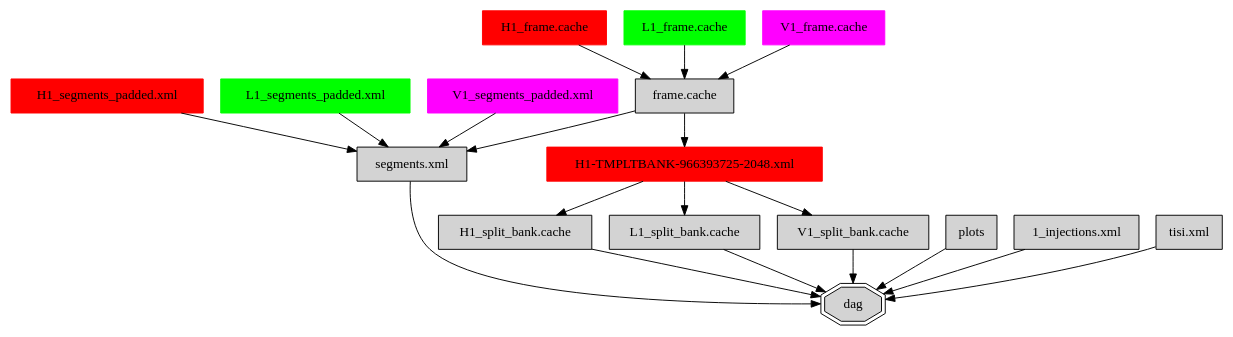
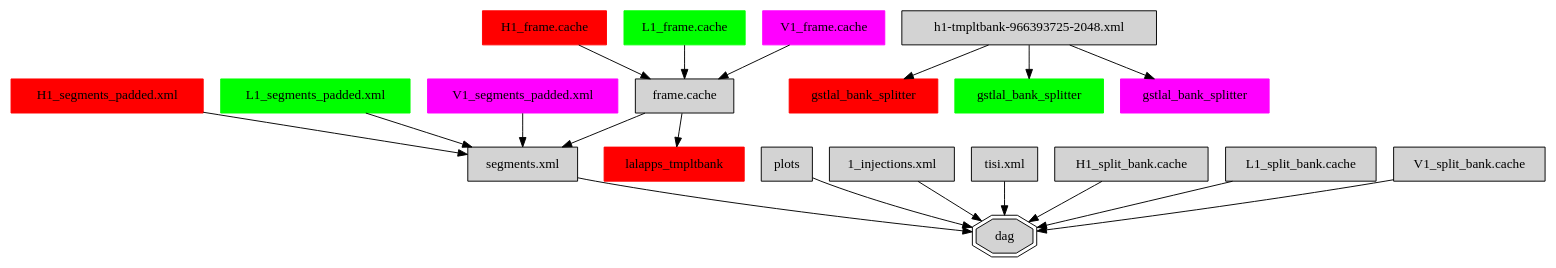
The diagram in gstlal-inspiral/doc/pages/images/Makefile_offline_triggers.dot (ElsevierSoftwareX/SOFTX_2020_238), drawn with Graphviz before and after one commit.

Commit message:
Makefile_offline_triggers.dot: improve offline dag generation dot graph

```diff
--- a/gstlal-inspiral/doc/pages/images/Makefile_offline_triggers.dot
+++ b/gstlal-inspiral/doc/pages/images/Makefile_offline_triggers.dot
@@ -1,44 +1,48 @@
 digraph G {
 	node [shape=box, style=filled];
 	"H1_frame.cache" [color=red1];
 	"L1_frame.cache" [color=green1];
 	"V1_frame.cache" [color=magenta1];
 	"frame.cache";
 	
 	"H1_frame.cache" -> "frame.cache";
 	"L1_frame.cache" -> "frame.cache";
 	"V1_frame.cache" -> "frame.cache";
 
 	"H1_segments_padded.xml" [color=red1];
 	"L1_segments_padded.xml" [color=green1];
 	"V1_segments_padded.xml" [color=magenta1];
 	"segments.xml";
 
 	"H1_segments_padded.xml" -> "segments.xml";
 	"L1_segments_padded.xml" -> "segments.xml";
 	"V1_segments_padded.xml" -> "segments.xml";
 
 	"frame.cache" -> "segments.xml";	
 
-	"H1-TMPLTBANK-966393725-2048.xml" [color=red1];
+	"H1-TMPLTBANK-966393725-2048.xml" [color=red1, label="lalapps_tmpltbank"];
 
 	"frame.cache" -> "H1-TMPLTBANK-966393725-2048.xml";
+	
+	"h1_split_bank.cache" [color=red1, label="gstlal_bank_splitter", URL="\ref gstlal_bank_splitter"];
+	"l1_split_bank.cache" [color=green1, label="gstlal_bank_splitter", URL="\ref gstlal_bank_splitter"];
+	"v1_split_bank.cache" [color=magenta1, label="gstlal_bank_splitter", URL="\ref gstlal_bank_splitter"];
 
-	"H1-TMPLTBANK-966393725-2048.xml" -> "H1_split_bank.cache";
-	"H1-TMPLTBANK-966393725-2048.xml" -> "L1_split_bank.cache";
-	"H1-TMPLTBANK-966393725-2048.xml" -> "V1_split_bank.cache";
+	"h1-tmpltbank-966393725-2048.xml" -> "h1_split_bank.cache";
+	"h1-tmpltbank-966393725-2048.xml" -> "l1_split_bank.cache";
+	"h1-tmpltbank-966393725-2048.xml" -> "v1_split_bank.cache";
 
 	plots;
 	"1_injections.xml";
 	"tisi.xml";
 
 	dag [shape=doubleoctagon];
 
 	"H1_split_bank.cache" -> dag;
 	"L1_split_bank.cache" -> dag;
 	"V1_split_bank.cache" -> dag;
 	plots -> dag;
 	"1_injections.xml" -> dag;
 	"tisi.xml" -> dag;
 	"segments.xml" -> dag;
 }
```
